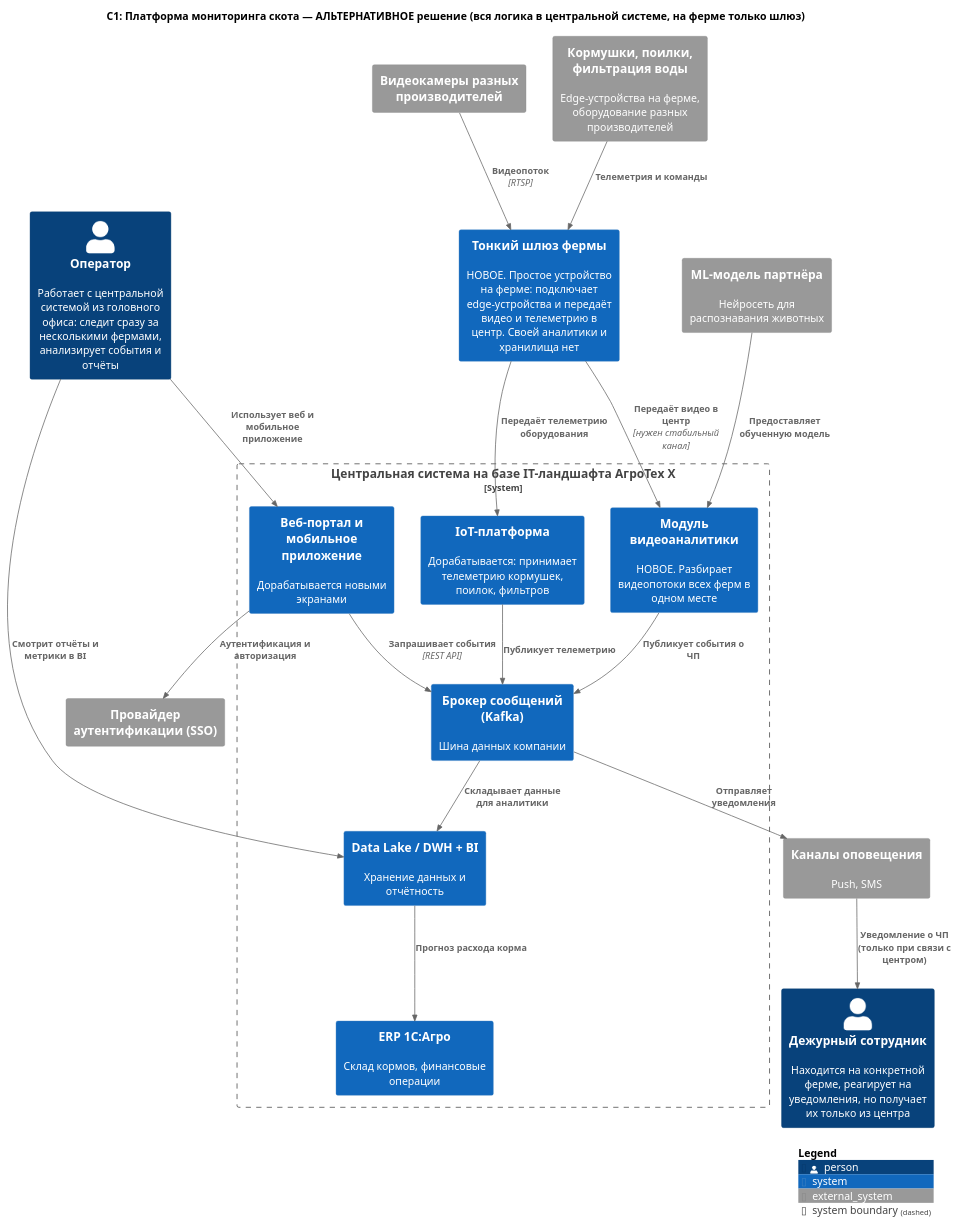
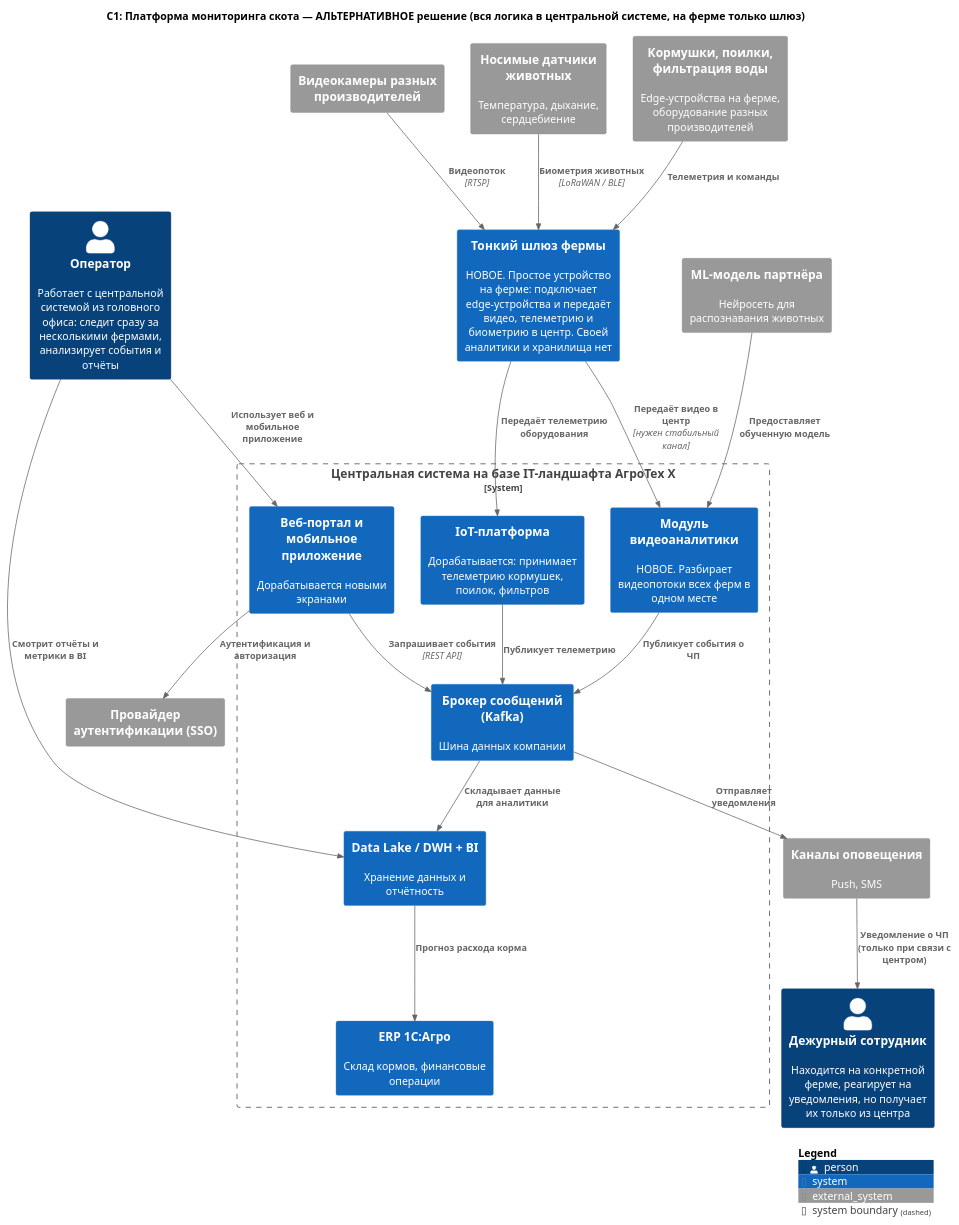
Before and after one commit to skorogod/MSA-AgroTech: the diagram in Task1/c1-alternative.puml, drawn with PlantUML. The commit also changed 10 other files, not shown here.

```diff
--- a/Task1/c1-alternative.puml
+++ b/Task1/c1-alternative.puml
@@ -1,55 +1,57 @@
 @startuml C1_Мониторинг_Скота_Альтернативное_Решение
 
 !include ../templates/C4_Context.puml
 
 title C1: Платформа мониторинга скота — АЛЬТЕРНАТИВНОЕ решение (вся логика в центральной системе, на ферме только шлюз)
 
 ' === Пользователи ===
 Person(оператор, "Оператор", "Работает с центральной системой из головного офиса: следит сразу за несколькими фермами, анализирует события и отчёты")
 Person(дежурный, "Дежурный сотрудник", "Находится на конкретной ферме, реагирует на уведомления, но получает их только из центра")
 
 ' === Разрабатываемые системы ===
-System(шлюз, "Тонкий шлюз фермы", "НОВОЕ. Простое устройство на ферме: подключает edge-устройства и передаёт видео и телеметрию в центр. Своей аналитики и хранилища нет")
+System(шлюз, "Тонкий шлюз фермы", "НОВОЕ. Простое устройство на ферме: подключает edge-устройства и передаёт видео, телеметрию и биометрию в центр. Своей аналитики и хранилища нет")
 
 ' === Существующий ландшафт АгроТех Х (центральная система) ===
 System_Boundary(ландшафт, "Центральная система на базе IT-ландшафта АгроТех Х") {
     System(видеоаналитика, "Модуль видеоаналитики", "НОВОЕ. Разбирает видеопотоки всех ферм в одном месте")
     System(iot, "IoT-платформа", "Дорабатывается: принимает телеметрию кормушек, поилок, фильтров")
     System(kafka, "Брокер сообщений (Kafka)", "Шина данных компании")
     System(dwh, "Data Lake / DWH + BI", "Хранение данных и отчётность")
     System(erp, "ERP 1С:Агро", "Склад кормов, финансовые операции")
     System(портал, "Веб-портал и мобильное приложение", "Дорабатывается новыми экранами")
 }
 
 ' === Внешние системы ===
 System_Ext(камеры, "Видеокамеры разных производителей")
+System_Ext(датчики, "Носимые датчики животных", "Температура, дыхание, сердцебиение")
 System_Ext(оборудование, "Кормушки, поилки, фильтрация воды", "Edge-устройства на ферме, оборудование разных производителей")
 System_Ext(модель, "ML-модель партнёра", "Нейросеть для распознавания животных")
 System_Ext(auth, "Провайдер аутентификации (SSO)")
 System_Ext(нотификации, "Каналы оповещения", "Push, SMS")
 
 ' === Связи на ферме ===
 Rel(камеры, шлюз, "Видеопоток", "RTSP")
 Rel(оборудование, шлюз, "Телеметрия и команды")
+Rel(датчики, шлюз, "Биометрия животных", "LoRaWAN / BLE")
 
 ' === Ферма -> центральная система ===
 Rel(шлюз, видеоаналитика, "Передаёт видео в центр", "нужен стабильный канал")
 Rel(шлюз, iot, "Передаёт телеметрию оборудования")
 
 ' === Внутри центральной системы ===
 Rel(модель, видеоаналитика, "Предоставляет обученную модель")
 Rel(видеоаналитика, kafka, "Публикует события о ЧП")
 Rel(iot, kafka, "Публикует телеметрию")
 Rel(kafka, dwh, "Складывает данные для аналитики")
 Rel(dwh, erp, "Прогноз расхода корма")
 Rel(kafka, нотификации, "Отправляет уведомления")
 Rel(портал, kafka, "Запрашивает события", "REST API")
 Rel(портал, auth, "Аутентификация и авторизация")
 
 ' === Пользователи ===
 Rel(оператор, портал, "Использует веб и мобильное приложение")
 Rel(оператор, dwh, "Смотрит отчёты и метрики в BI")
 Rel(нотификации, дежурный, "Уведомление о ЧП (только при связи с центром)")
 
 SHOW_LEGEND()
 @enduml
```
